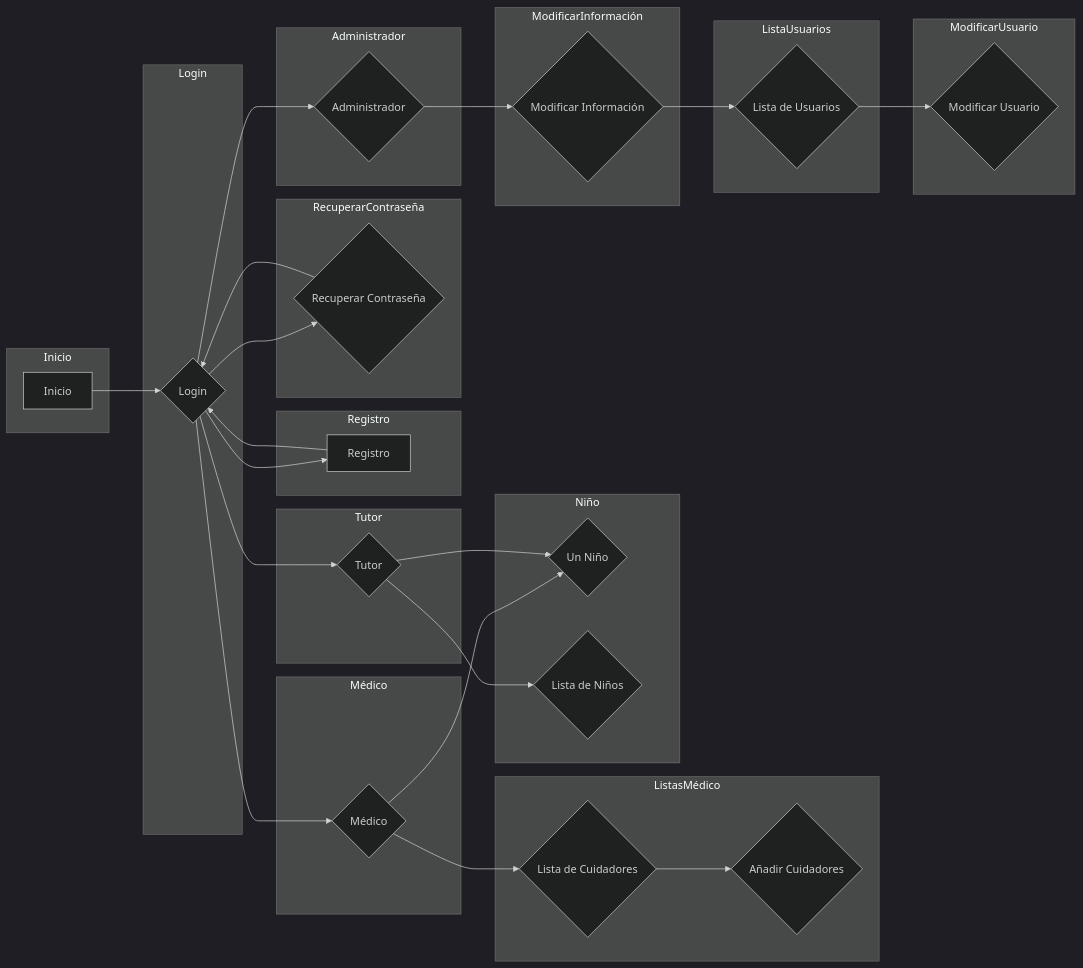
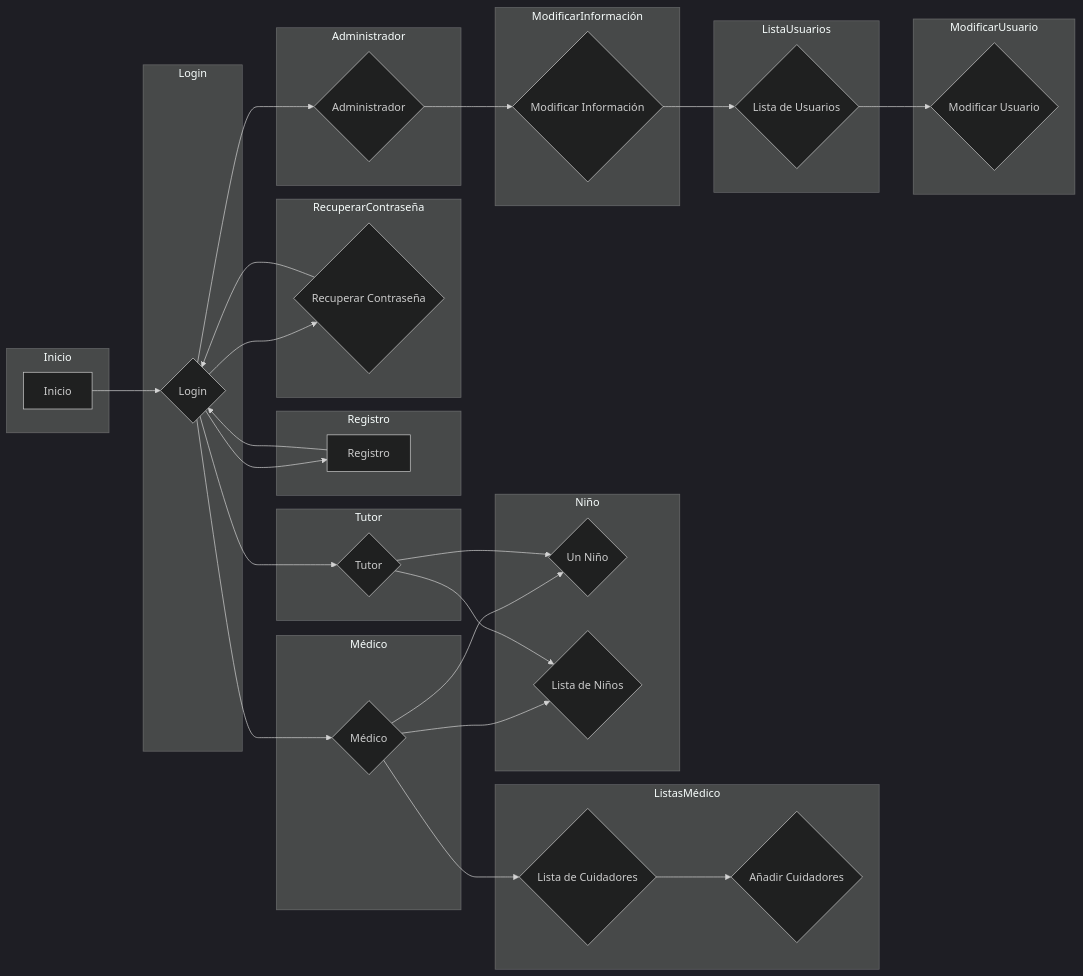
One commit to mactiburon/tapatapp changed the diagram in DiagramaVistaLogica.mermaid. Above: the diagram before and after it, drawn with Mermaid (dark theme).

Commit message:
DiagramaVistaLogica.mermaid

```diff
--- a/DiagramaVistaLogica.mermaid
+++ b/DiagramaVistaLogica.mermaid
@@ -1,56 +1,57 @@
 graph LR
     subgraph Inicio
         A[Inicio]
     end
     subgraph Login
         B{Login}
     end
     subgraph Registro
         C[Registro]
     end
     subgraph RecuperarContraseña
         D{Recuperar Contraseña}
     end
     subgraph Administrador
         E{Administrador}
     end
     subgraph Médico
         F{Médico}
     end
     subgraph Tutor
         G{Tutor}
     end
     subgraph Niño
         H{Un Niño}
         I{Lista de Niños}
     end
     subgraph ListasMédico
         J{Lista de Cuidadores}
         K{Añadir Cuidadores}
     end
     subgraph ModificarInformación
         L{Modificar Información}
     end
     subgraph ListaUsuarios
         M{Lista de Usuarios}
     end
     subgraph ModificarUsuario
         N{Modificar Usuario}
     end
 
     A --> B
     B --> C
     B --> D
     C --> B
     D --> B
     B --> E
     B --> F
     B --> G
     F --> H
     G --> H
+    F --> I
     G --> I
     F --> J
     J --> K
     E --> L
     L --> M
     M --> N
```
